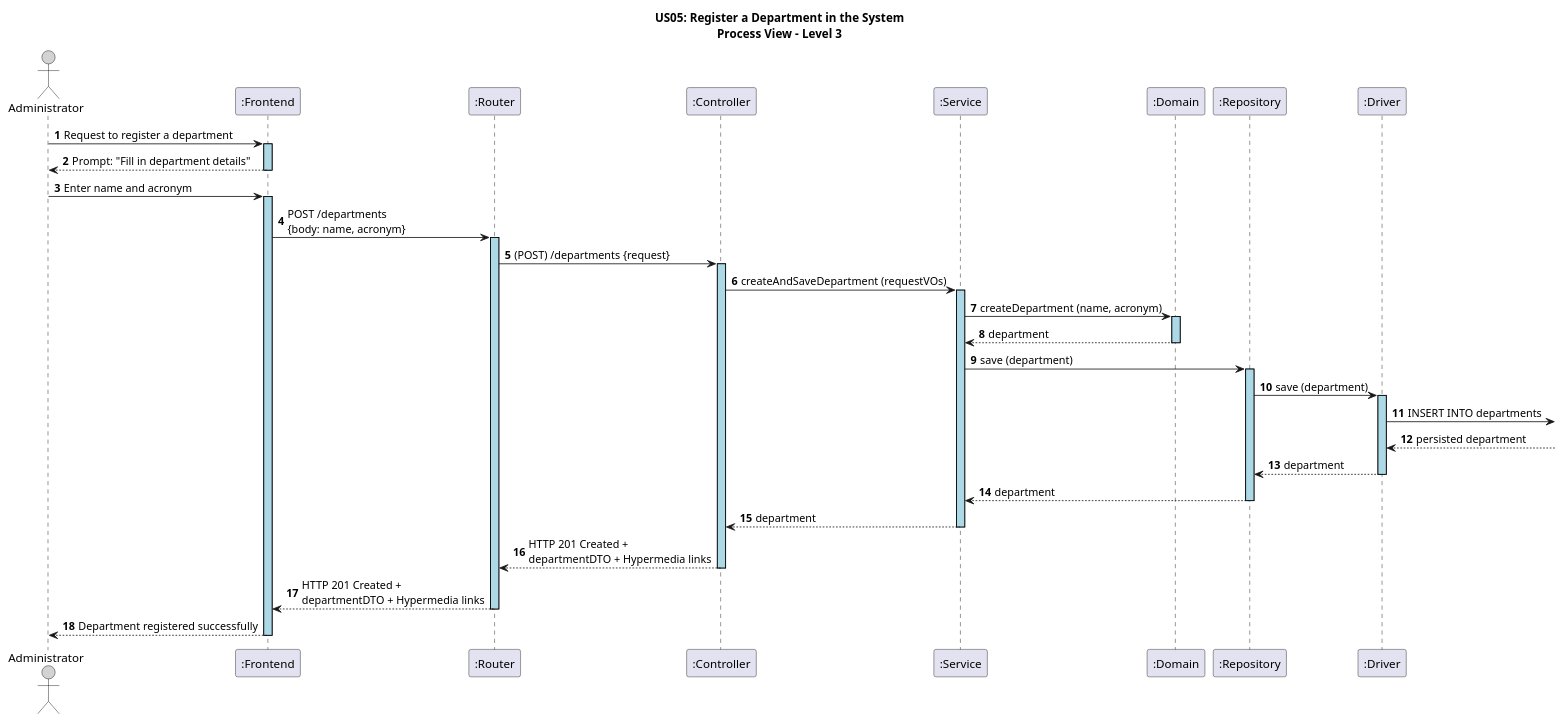
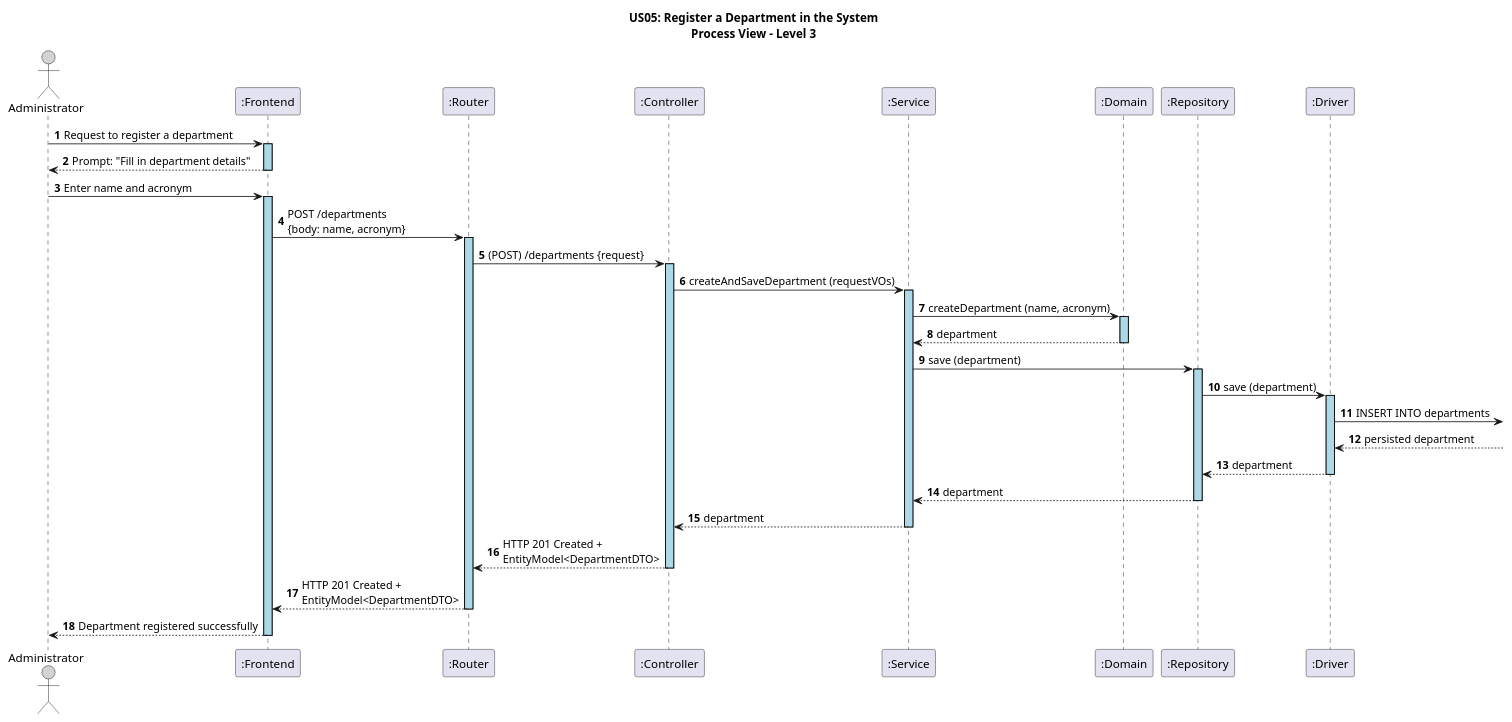
The diagram in docs/US05/sprint6_RestAPI/ProcessView/US05_RestAPI_ProcessView_Level3.puml (GasparISEP/DevOps-PAI), drawn with PlantUML before and after one commit.

Commit message:
doc:refactor processView level2 (refs #644)

```diff
--- a/docs/US05/sprint6_RestAPI/ProcessView/US05_RestAPI_ProcessView_Level3.puml
+++ b/docs/US05/sprint6_RestAPI/ProcessView/US05_RestAPI_ProcessView_Level3.puml
@@ -1,56 +1,56 @@
 @startuml
 autonumber
 
 skinparam sequence {
     LifelineBorderColor black
     LifelineBackgroundColor LightBlue
     ActorBorderColor black
     ActorBackgroundColor LightGray
     GroupBorderColor #cccccc
     GroupBackgroundColor #f2f2f2
 }
 
 title US05: Register a Department in the System\nProcess View – Level 3
 
 actor ADM as "Administrator"
 participant ":Frontend" as FE
 participant ":Router" as RT
 participant ":Controller" as CT
 participant ":Service" as SE
 participant ":Domain" as DM
 participant ":Repository" as RE
 participant ":Driver" as DV
 
 
 ADM -> FE ++: Request to register a department
 FE --> ADM --: Prompt: "Fill in department details"
 ADM -> FE ++: Enter name and acronym
 FE -> RT ++: POST /departments \n{body: name, acronym}
 RT -> CT ++: (POST) /departments {request}
 
 
 CT -> SE ++: createAndSaveDepartment (requestVOs)
 
 
 SE -> DM ++: createDepartment (name, acronym)
 DM --> SE --: department
 
 
 
 SE -> RE ++: save (department)
 RE -> DV++: save (department)
 DV ->: INSERT INTO departments
 DV <--: persisted department
 DV --> RE -- : department
 RE --> SE --: department
 
 
 SE --> CT --: department
 
 
-CT --> RT --: HTTP 201 Created + \ndepartmentDTO + Hypermedia links
-RT --> FE --: HTTP 201 Created + \ndepartmentDTO + Hypermedia links
+CT --> RT --: HTTP 201 Created + \nEntityModel<DepartmentDTO>
+RT --> FE --: HTTP 201 Created + \nEntityModel<DepartmentDTO>
 FE --> ADM --: Department registered successfully
 
 
 @enduml
```
